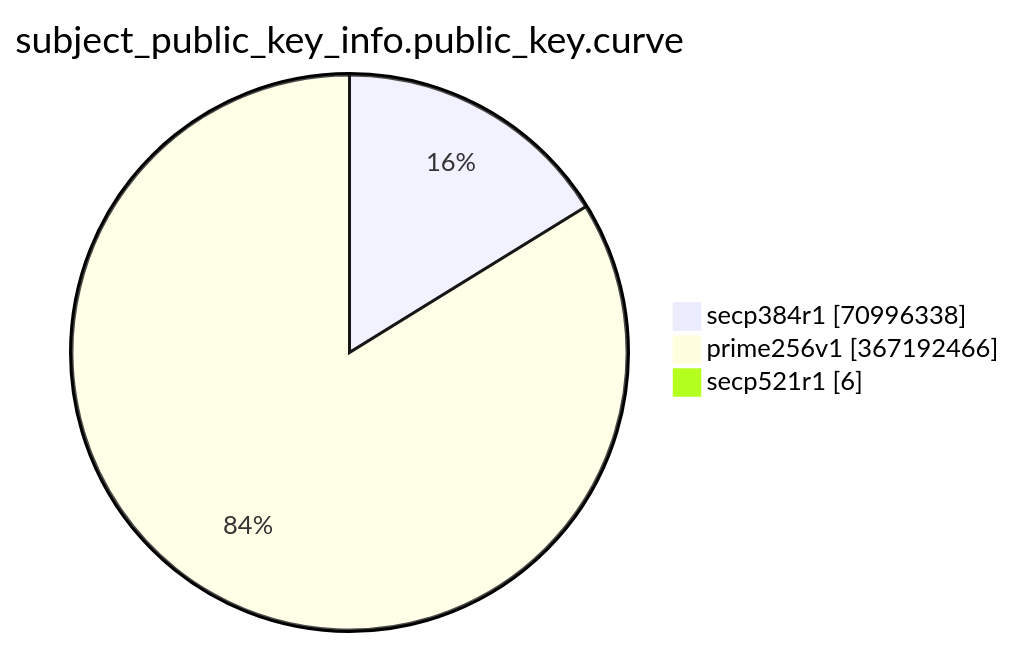
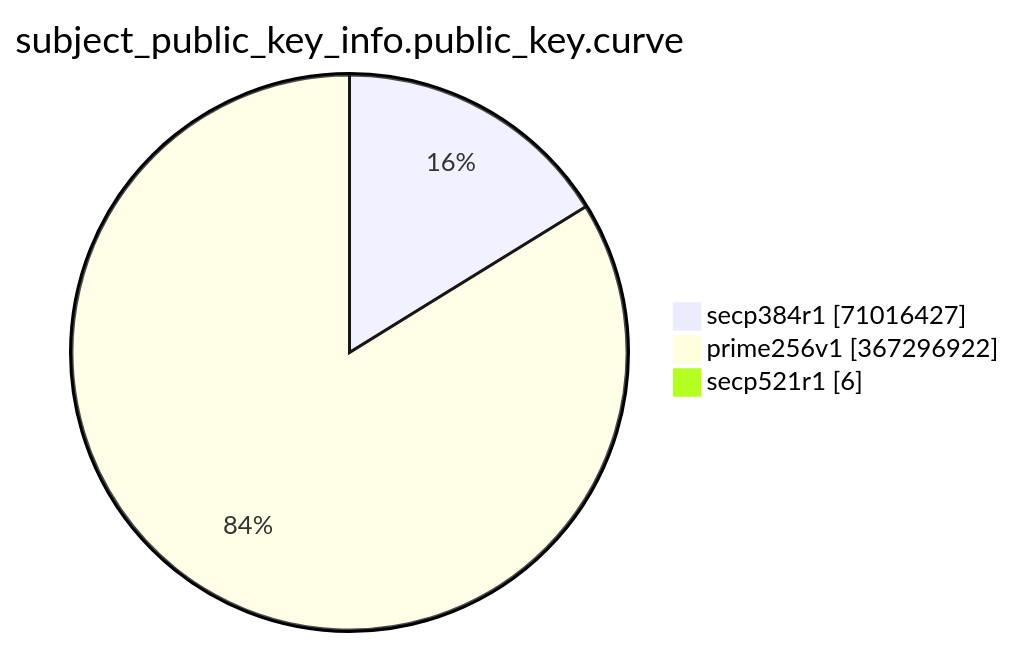
Before and after one commit to christiankrug/ctmonitor_visualization: the eighth of 15 diagrams in TOTAL/README.md, drawn with Mermaid. The commit also changed other lines of this file, not shown here.

````diff
--- a/TOTAL/README.md
+++ b/TOTAL/README.md
@@ -3092,7 +3092,7 @@
 ```mermaid
 pie showData
 title subject_public_key_info.public_key.curve
-"secp384r1" :70996338
-"prime256v1" :367192466
+"secp384r1" :71016427
+"prime256v1" :367296922
 "secp521r1" :6
 ```
````
